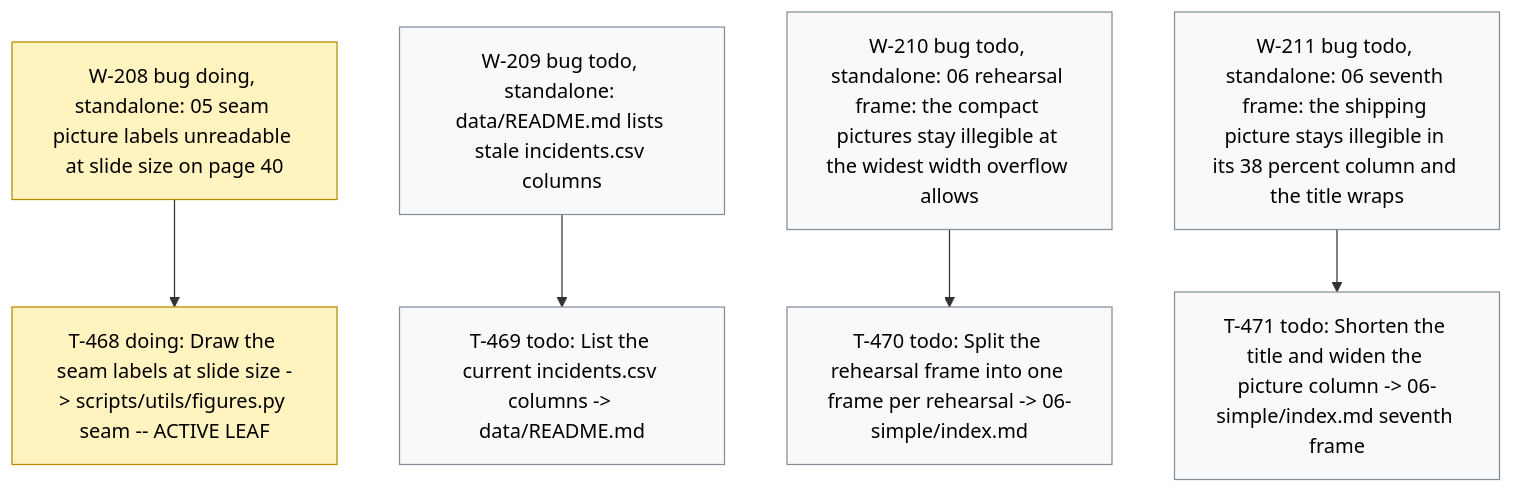
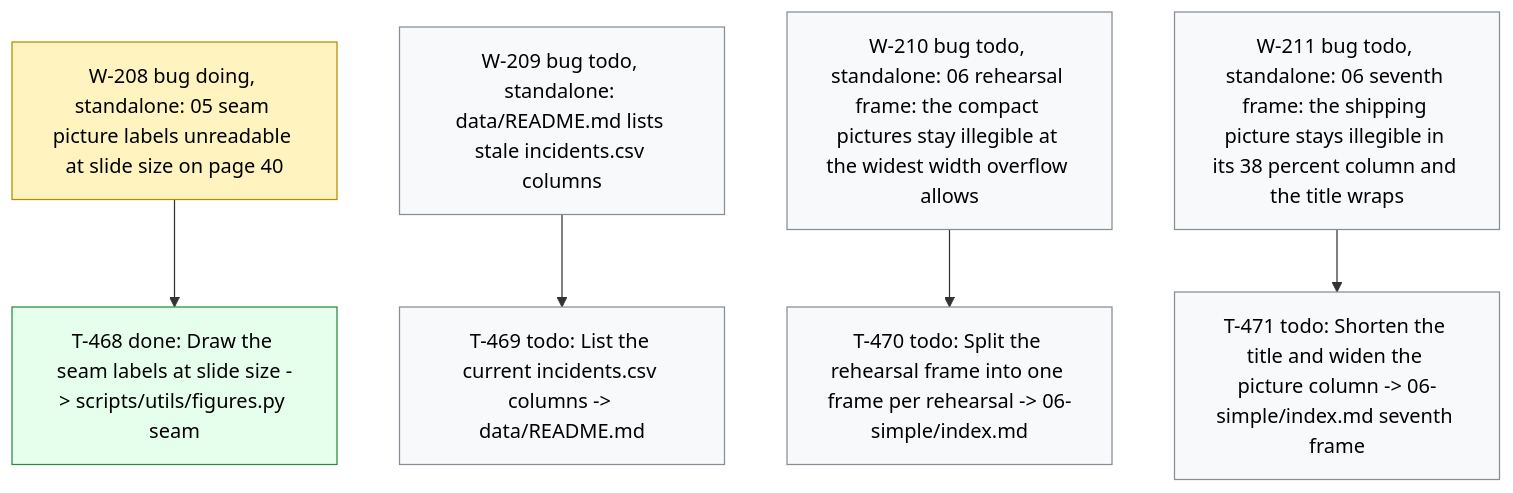
The diagram in .board/BOARD.md (dpopchev/chaos-to-simple), drawn with Mermaid before and after one commit. The commit also changed other lines of this file and 1 other file, not shown here.

Commit message:
chore(board): close T-468 -- W-208 ready to land
Refs: W-208 T-468

````diff
--- a/.board/BOARD.md
+++ b/.board/BOARD.md
@@ -1229,18 +1229,19 @@
 ```mermaid
 flowchart TD
   W208["W-208 bug doing, standalone: 05 seam picture labels unreadable at slide size on page 40"]
-  W208 --> T468["T-468 doing: Draw the seam labels at slide size -> scripts/utils/figures.py seam -- ACTIVE LEAF"]
+  W208 --> T468["T-468 done: Draw the seam labels at slide size -> scripts/utils/figures.py seam"]
   W209["W-209 bug todo, standalone: data/README.md lists stale incidents.csv columns"]
   W209 --> T469["T-469 todo: List the current incidents.csv columns -> data/README.md"]
   W210["W-210 bug todo, standalone: 06 rehearsal frame: the compact pictures stay illegible at the widest width overflow allows"]
   W210 --> T470["T-470 todo: Split the rehearsal frame into one frame per rehearsal -> 06-simple/index.md"]
   W211["W-211 bug todo, standalone: 06 seventh frame: the shipping picture stays illegible in its 38 percent column and the title wraps"]
   W211 --> T471["T-471 todo: Shorten the title and widen the picture column -> 06-simple/index.md seventh frame"]
   classDef doing fill:#fff3bf,stroke:#b58900,color:#000;
   classDef blocked fill:#ffe3e3,stroke:#c92a2a,color:#000;
   classDef done fill:#e6ffed,stroke:#2b8a3e,color:#000;
   classDef todo fill:#f8f9fa,stroke:#868e96,color:#000;
   classDef pruned fill:#f1f3f5,stroke:#adb5bd,color:#000;
-  class W208,T468 doing
+  class W208 doing
+  class T468 done
   class W209,T469,W210,T470,W211,T471 todo
 ```
````
